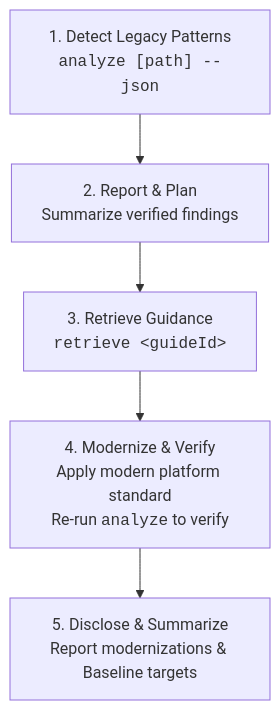
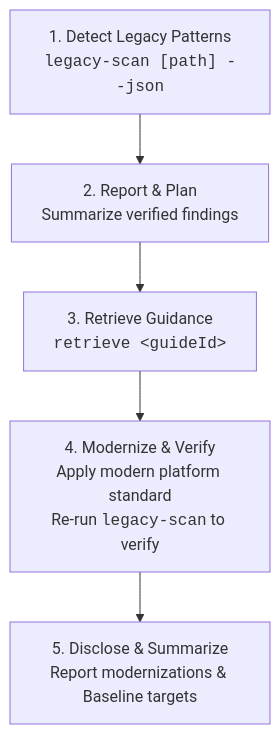
Before and after one commit to GoogleChrome/modern-web-guidance-src: the first of 2 diagrams in src/analyzing/README.md, drawn with Mermaid. The commit also changed other lines of this file and 7 other files, not shown here.

Commit message:
cli: rename analyze command to legacy-scan with dynamic active-guide framing

````diff
--- a/src/analyzing/README.md
+++ b/src/analyzing/README.md
@@ -117,7 +117,7 @@
 ```mermaid
 flowchart TD
-    Scan["1. Detect Legacy Patterns<br/><code>analyze [path] --json</code>"] --> Report["2. Report & Plan<br/>Summarize verified findings"]
+    Scan["1. Detect Legacy Patterns<br/><code>legacy-scan [path] --json</code>"] --> Report["2. Report & Plan<br/>Summarize verified findings"]
     Report --> Retrieve["3. Retrieve Guidance<br/><code>retrieve &lt;guideId&gt;</code>"]
-    Retrieve --> Modernize["4. Modernize & Verify<br/>Apply modern platform standard<br/>Re-run <code>analyze</code> to verify"]
+    Retrieve --> Modernize["4. Modernize & Verify<br/>Apply modern platform standard<br/>Re-run <code>legacy-scan</code> to verify"]
     Modernize --> Disclose["5. Disclose & Summarize<br/>Report modernizations & Baseline targets"]
 ```
````
